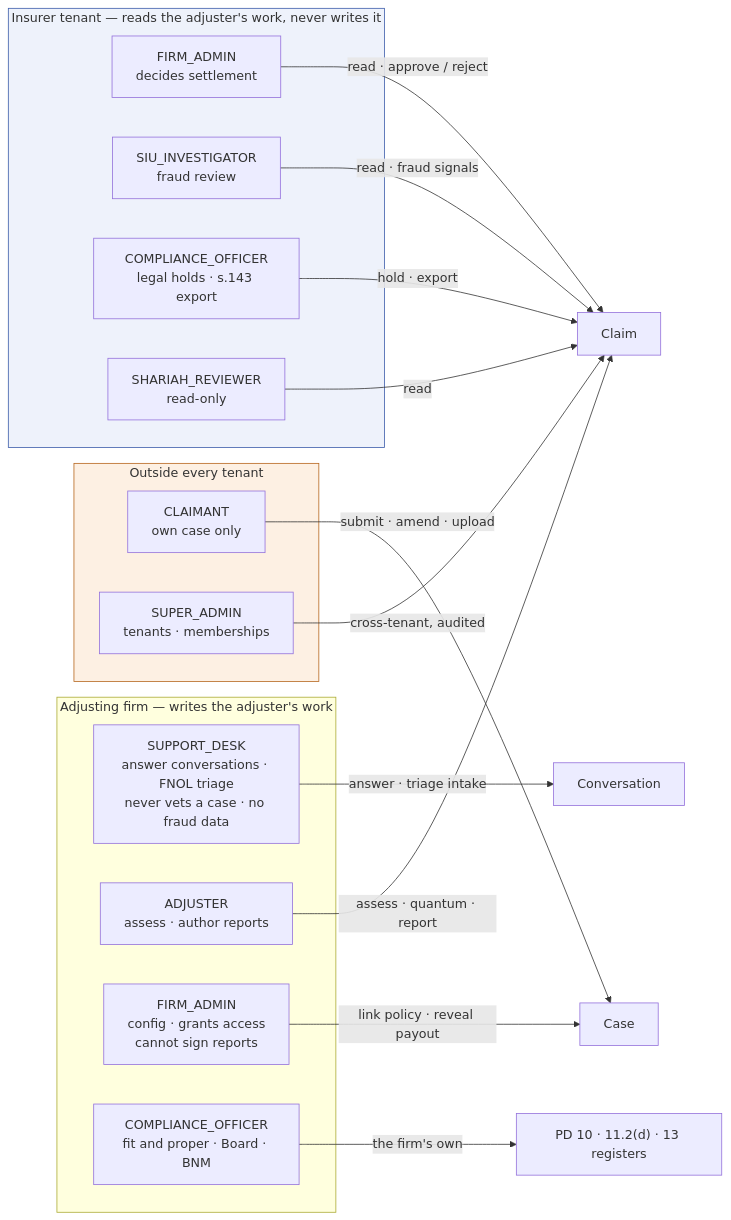
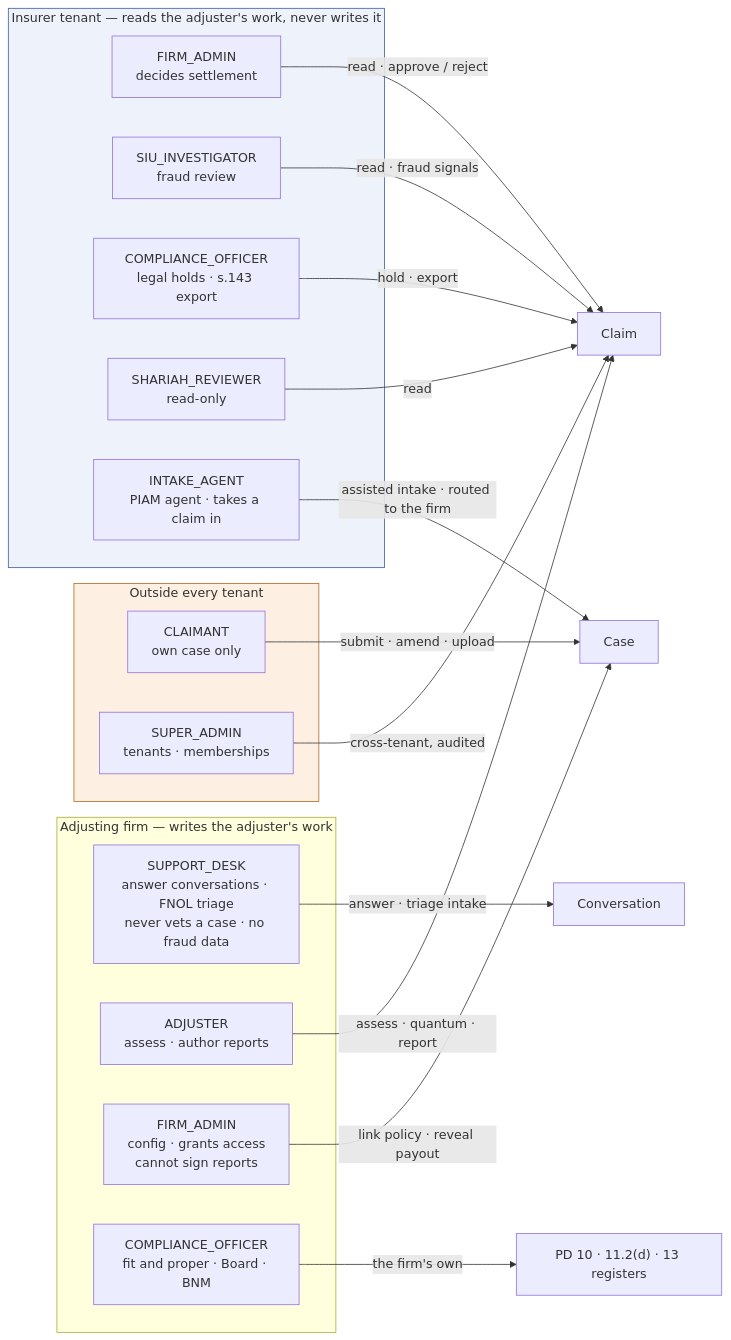
Diagram 12 of 12 in docs/USER_FLOWS.md (leobarcove/true-claim-insight), drawn with Mermaid before and after one commit. The commit also changed other lines of this file and 20 other files, not shown here.

````diff
--- a/docs/USER_FLOWS.md
+++ b/docs/USER_FLOWS.md
@@ -737,47 +737,50 @@
 ```mermaid
 flowchart LR
     subgraph EXT["Outside every tenant"]
         CLM["`CLAIMANT
 own case only`"]
         SA["`SUPER_ADMIN
 tenants · memberships`"]
     end
 
     subgraph FIRM["Adjusting firm — writes the adjuster's work"]
         SUP["`SUPPORT_DESK
 answer conversations · FNOL triage
 never vets a case · no fraud data`"]
         ADJ["`ADJUSTER
 assess · author reports`"]
         FA["`FIRM_ADMIN
 config · grants access
 cannot sign reports`"]
         FCO["`COMPLIANCE_OFFICER
 fit and proper · Board · BNM`"]
     end
 
     subgraph INS["Insurer tenant — reads the adjuster's work, never writes it"]
         IFA["`FIRM_ADMIN
 decides settlement`"]
         SIU["`SIU_INVESTIGATOR
 fraud review`"]
         ICO["`COMPLIANCE_OFFICER
 legal holds · s.143 export`"]
         SR["`SHARIAH_REVIEWER
 read-only`"]
+        AGT["`INTAKE_AGENT
+PIAM agent · takes a claim in`"]
     end
 
     CLM -->|"submit · amend · upload"| CASE["Case"]
+    AGT -->|"assisted intake · routed to the firm"| CASE
     SUP -->|"answer · triage intake"| CONV["Conversation"]
     FA -->|"link policy · reveal payout"| CASE
     ADJ -->|"assess · quantum · report"| CLAIM["Claim"]
     FCO -->|"the firm's own"| REG["PD 10 · 11.2(d) · 13 registers"]
     IFA -->|"read · approve / reject"| CLAIM
     SIU -->|"read · fraud signals"| CLAIM
     ICO -->|"hold · export"| CLAIM
     SR -->|"read"| CLAIM
     SA -->|"cross-tenant, audited"| CLAIM
 
     style EXT fill:#fdf0e3,stroke:#b5651d
     style INS fill:#eef2fb,stroke:#3b5bA9
 ```
````
